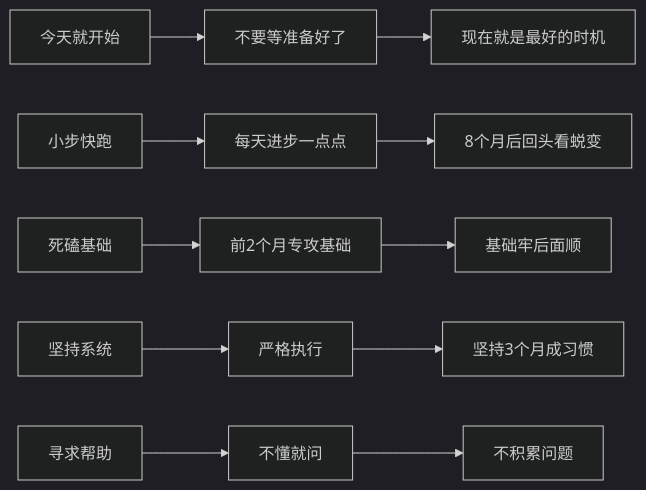
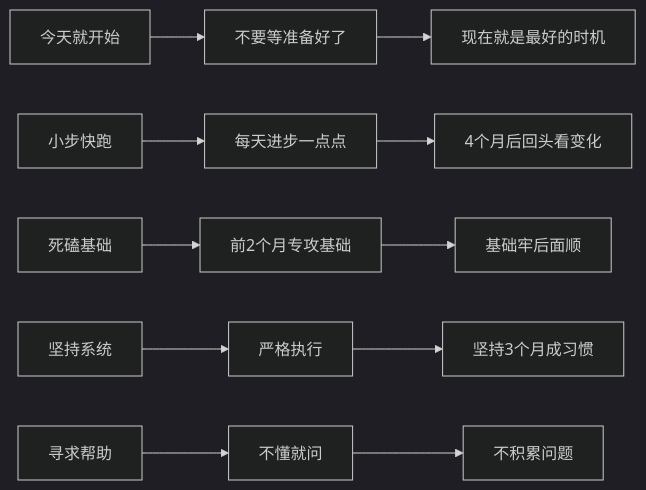
One commit to nonomil/junior-high-study-rebuild changed diagram 27 of 27 in docs-v2/10-学习障碍深度诊断-7大核心问题解决方案.md. Above: the diagram before and after it, drawn with Mermaid (dark theme). The commit also changed other lines of this file and 52 other files, not shown here.

````diff
--- a/docs-v2/10-学习障碍深度诊断-7大核心问题解决方案.md
+++ b/docs-v2/10-学习障碍深度诊断-7大核心问题解决方案.md
@@ -1823,17 +1823,17 @@
 ```mermaid
 graph LR
     A[今天就开始] --> B[不要等准备好了]
     B --> C[现在就是最好的时机]
     
     D[小步快跑] --> E[每天进步一点点]
-    E --> F[8个月后回头看蜕变]
+    E --> F[4个月后回头看变化]
     
     G[死磕基础] --> H[前2个月专攻基础]
     H --> I[基础牢后面顺]
     
     J[坚持系统] --> K[严格执行]
     K --> L[坚持3个月成习惯]
     
     M[寻求帮助] --> N[不懂就问]
     N --> O[不积累问题]
 ```
````
